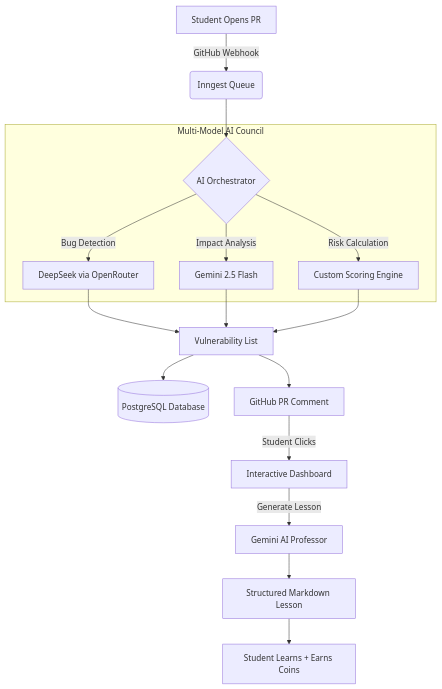
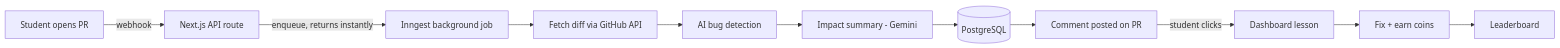
The diagram in README.md (ikshantshukla123/codesensei), drawn with Mermaid before and after one commit. The commit also changed other lines of this file, not shown here.

````diff
--- a/README.md
+++ b/README.md
@@ -55,23 +22,13 @@
 ```mermaid
-graph TD
-    A[Student Opens PR] -->|GitHub Webhook| B(Inngest Queue)
-    B --> C{AI Orchestrator}
-    
-    subgraph "Multi-Model AI Council"
-        C -->|Bug Detection| D[DeepSeek via OpenRouter]
-        C -->|Impact Analysis| E[Gemini 2.5 Flash]
-        C -->|Risk Calculation| F[Custom Scoring Engine]
-    end
-    
-    D --> G[Vulnerability List]
-    E --> G
-    F --> G
-    
-    G --> H[(PostgreSQL Database)]
-    G --> I[GitHub PR Comment]
-    I -->|Student Clicks| J[Interactive Dashboard]
-    
-    J -->|Generate Lesson| K[Gemini AI Professor]
-    K --> L[Structured Markdown Lesson]
-    L --> M[Student Learns + Earns Coins]
+graph LR
+    A[Student opens PR] -->|webhook| B[Next.js API route]
+    B -->|enqueue, returns instantly| C[Inngest background job]
+    C --> D[Fetch diff via GitHub API]
+    D --> E[AI bug detection]
+    E --> F[Impact summary - Gemini]
+    F --> G[(PostgreSQL)]
+    G --> H[Comment posted on PR]
+    H -->|student clicks| I[Dashboard lesson]
+    I --> J[Fix + earn coins]
+    J --> K[Leaderboard]
 ```
````
